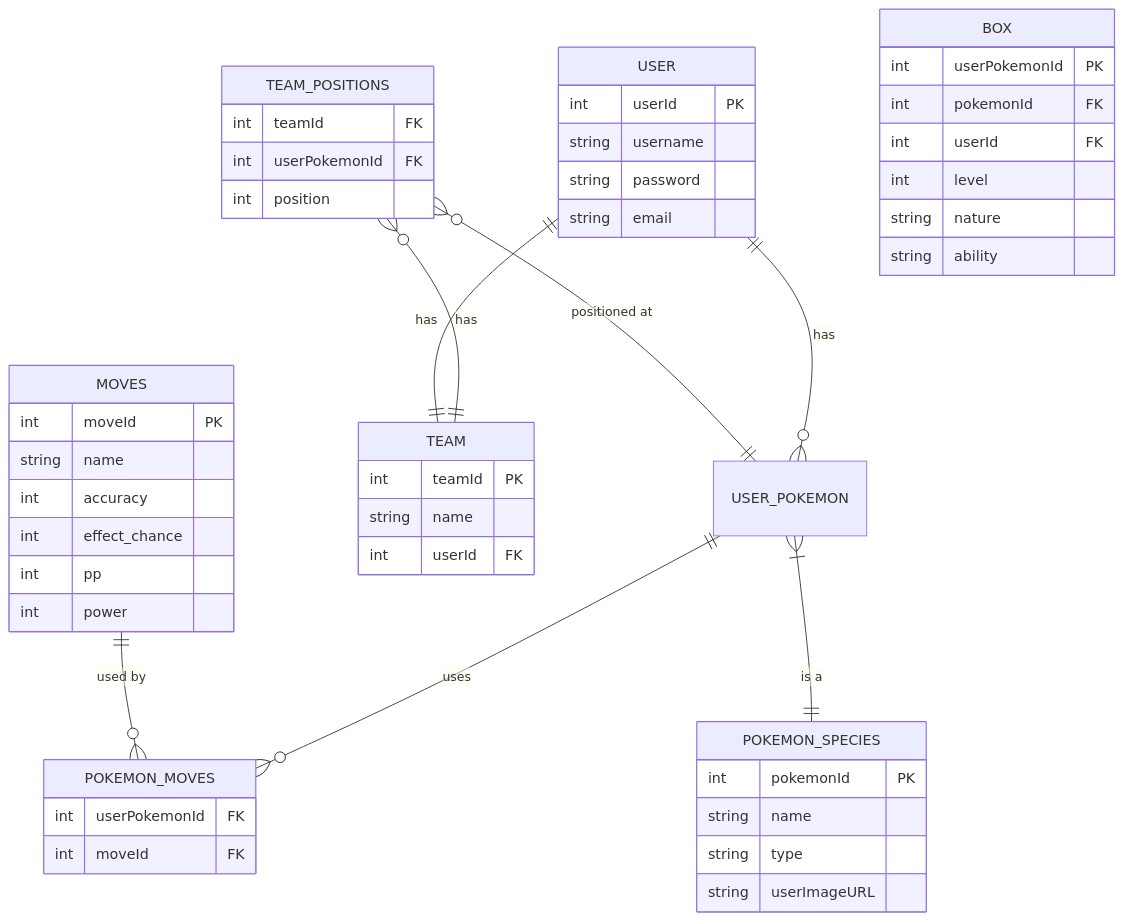
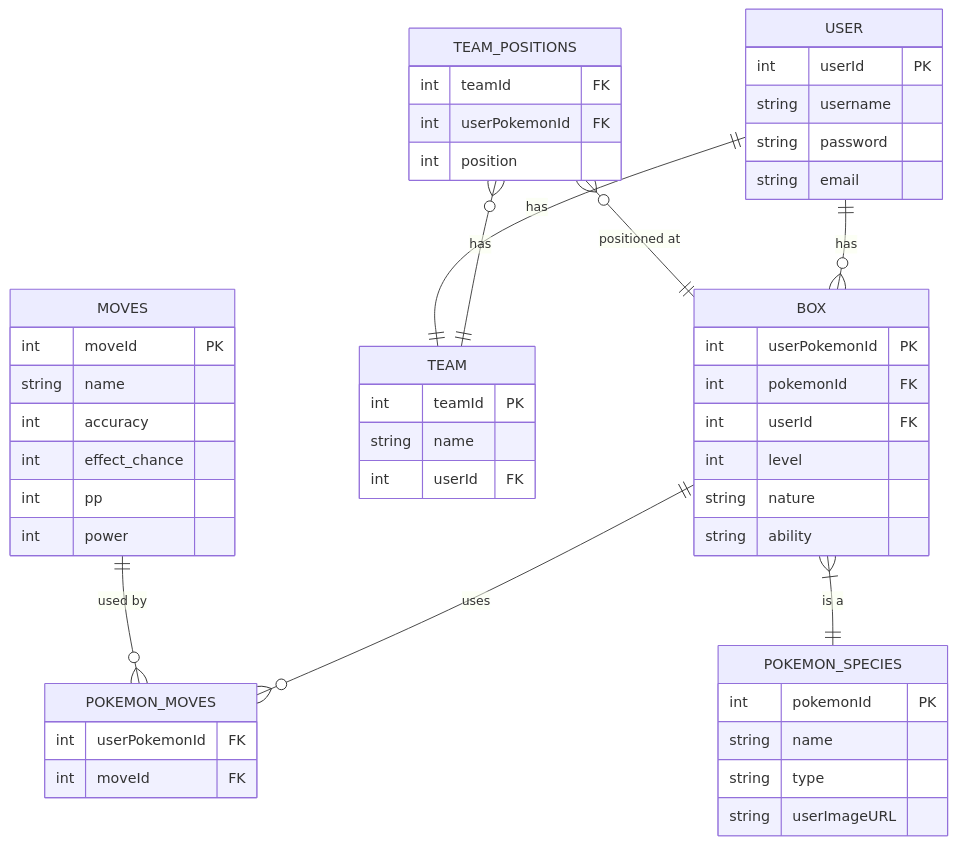
One commit to tjklint/PokePC changed the diagram in README.md. Above: the diagram before and after it, drawn with Mermaid. The commit also changed other lines of this file, not shown here.

````diff
--- a/README.md
+++ b/README.md
@@ -53,59 +53,59 @@
 ```mermaid
 erDiagram
-    USER ||--o{ USER_POKEMON : "has"
+    USER ||--o{ BOX : "has"
     TEAM_POSITIONS o{--|| TEAM: "has"
-    TEAM_POSITIONS o{--|| USER_POKEMON: "positioned at"
+    TEAM_POSITIONS o{--|| BOX: "positioned at"
     USER||--|| TEAM:"has"
-    USER_POKEMON ||--o{ POKEMON_MOVES : "uses"
+    BOX ||--o{ POKEMON_MOVES : "uses"
     MOVES ||--o{ POKEMON_MOVES : "used by"
-    USER_POKEMON }|--|| POKEMON_SPECIES : "is a"
+    BOX }|--|| POKEMON_SPECIES : "is a"
 
     USER {
         int userId PK
         string username
         string password
         string email
     }
 
     POKEMON_SPECIES {
         int pokemonId PK
         string name
         string type
         string userImageURL
     }
 
     BOX {
         int userPokemonId PK
         int pokemonId FK
         int userId FK
         int level
         string nature
         string ability
     }
 
     TEAM {
         int teamId PK
         string name
         int userId FK
     }
 
     TEAM_POSITIONS {
         int teamId FK
         int userPokemonId FK
         int position
     }
 
     MOVES {
         int moveId PK
         string name 
         int accuracy
         int effect_chance
         int pp   
         int power
     }
 
     POKEMON_MOVES {
         int userPokemonId FK
         int moveId FK
     }
 ```
````
